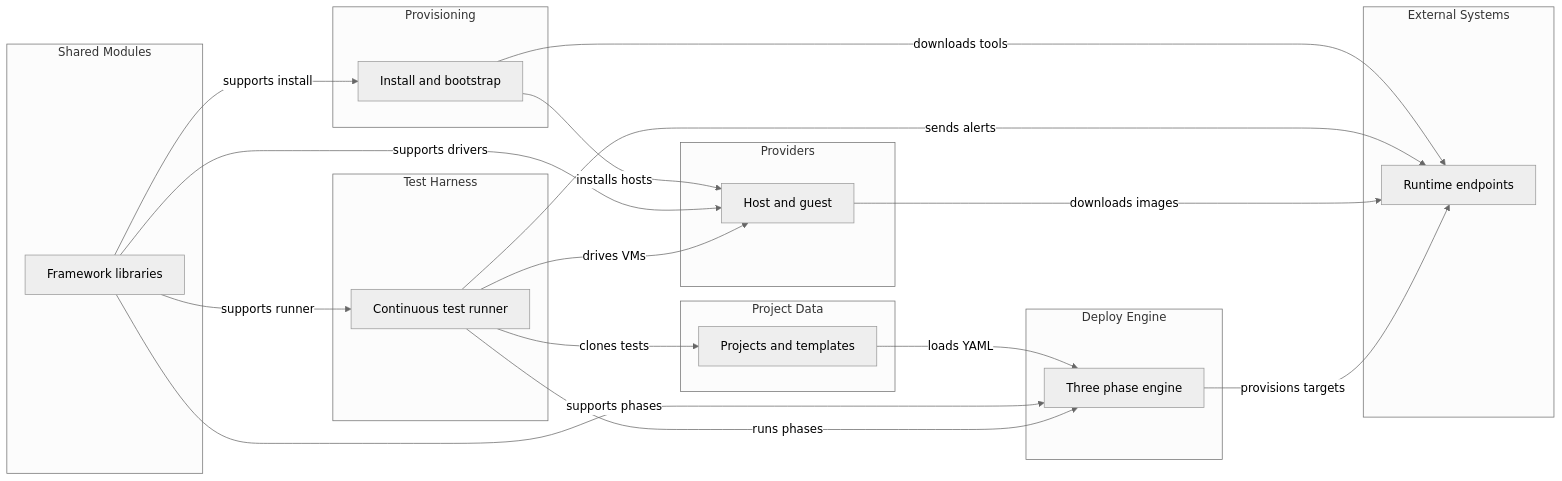
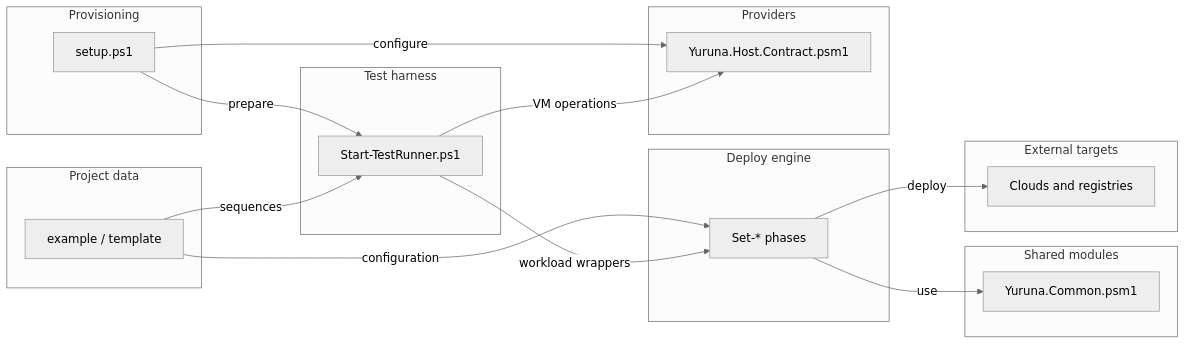
One commit to alissonsol/yuruna changed the diagram in docs/design/01-context-and-components.md. Above: the diagram before and after it, drawn with Mermaid (neutral theme). The commit also changed other lines of this file and 901 other files, not shown here.

````diff
--- a/docs/design/01-context-and-components.md
+++ b/docs/design/01-context-and-components.md
@@ -5,44 +10,32 @@
 ```mermaid
 flowchart LR
-  subgraph provisioning["Provisioning"]
-    provisioning-root["Install and bootstrap"]
-  end
-
-  subgraph deploy-engine["Deploy Engine"]
-    deploy-engine-root["Three phase engine"]
-  end
-
-  subgraph test-harness["Test Harness"]
-    test-harness-root["Continuous test runner"]
-  end
-
-  subgraph providers["Providers"]
-    providers-root["Host and guest"]
-  end
-
-  subgraph project-data["Project Data"]
-    project-data-root["Projects and templates"]
-  end
-
-  subgraph shared-modules["Shared Modules"]
-    shared-modules-root["Framework libraries"]
-  end
-
-  subgraph external-systems["External Systems"]
-    external-systems-root["Runtime endpoints"]
-  end
-
-  provisioning-root -->|"installs hosts"| providers-root
-  provisioning-root -->|"downloads tools"| external-systems-root
-  project-data-root -->|"loads YAML"| deploy-engine-root
-  shared-modules-root -->|"supports install"| provisioning-root
-  shared-modules-root -->|"supports phases"| deploy-engine-root
-  shared-modules-root -->|"supports runner"| test-harness-root
-  shared-modules-root -->|"supports drivers"| providers-root
-  test-harness-root -->|"drives VMs"| providers-root
-  test-harness-root -->|"clones tests"| project-data-root
-  test-harness-root -->|"runs phases"| deploy-engine-root
-  test-harness-root -->|"sends alerts"| external-systems-root
-  providers-root -->|"downloads images"| external-systems-root
-  deploy-engine-root -->|"provisions targets"| external-systems-root
+    subgraph install["Provisioning"]
+        install-setup["setup.ps1"]
+    end
+    subgraph automation["Deploy engine"]
+        set-resource-set-component-set-workload["Set-* phases"]
+    end
+    subgraph test["Test harness"]
+        start-test-runner["Start-TestRunner.ps1"]
+    end
+    subgraph host["Providers"]
+        yuruna-host-contract["Yuruna.Host.Contract.psm1"]
+    end
+    subgraph yuruna-project["Project data"]
+        example-template["example / template"]
+    end
+    subgraph automation-shared["Shared modules"]
+        yuruna-common["Yuruna.Common.psm1"]
+    end
+    subgraph global-resources["External targets"]
+        global-resources-cloud-registry["Clouds and registries"]
+    end
+    install-setup -->|configure| yuruna-host-contract
+    install-setup -->|prepare| start-test-runner
+    example-template -->|configuration| set-resource-set-component-set-workload
+    example-template -->|sequences| start-test-runner
+    start-test-runner -->|VM operations| yuruna-host-contract
+    start-test-runner -->|workload wrappers| set-resource-set-component-set-workload
+    set-resource-set-component-set-workload -->|use| yuruna-common
+    set-resource-set-component-set-workload -->|deploy| global-resources-cloud-registry
 ```
````
